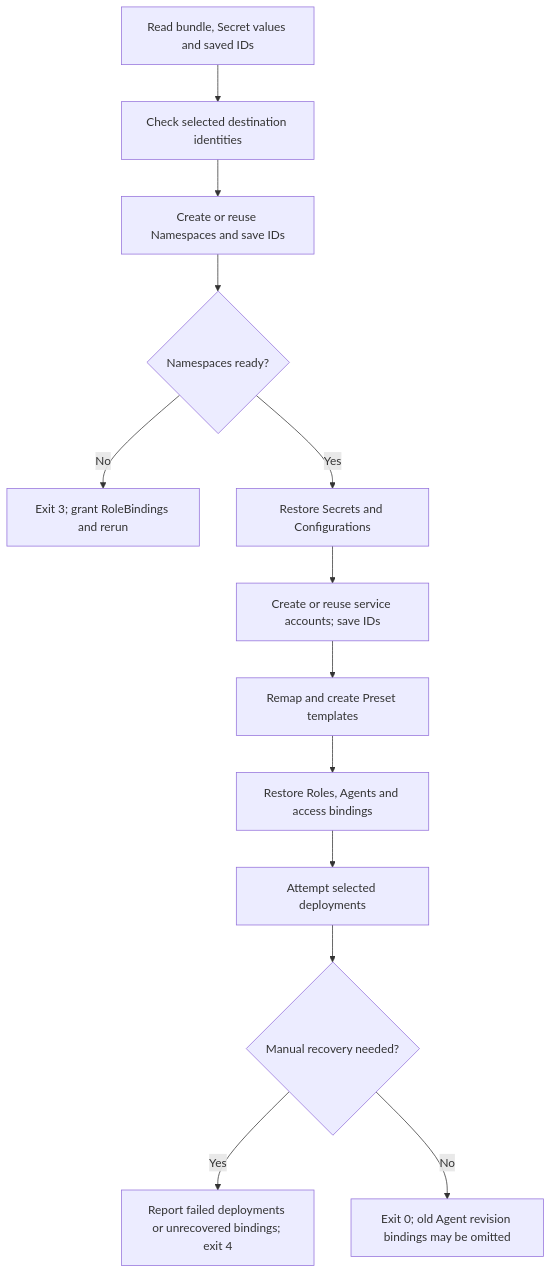
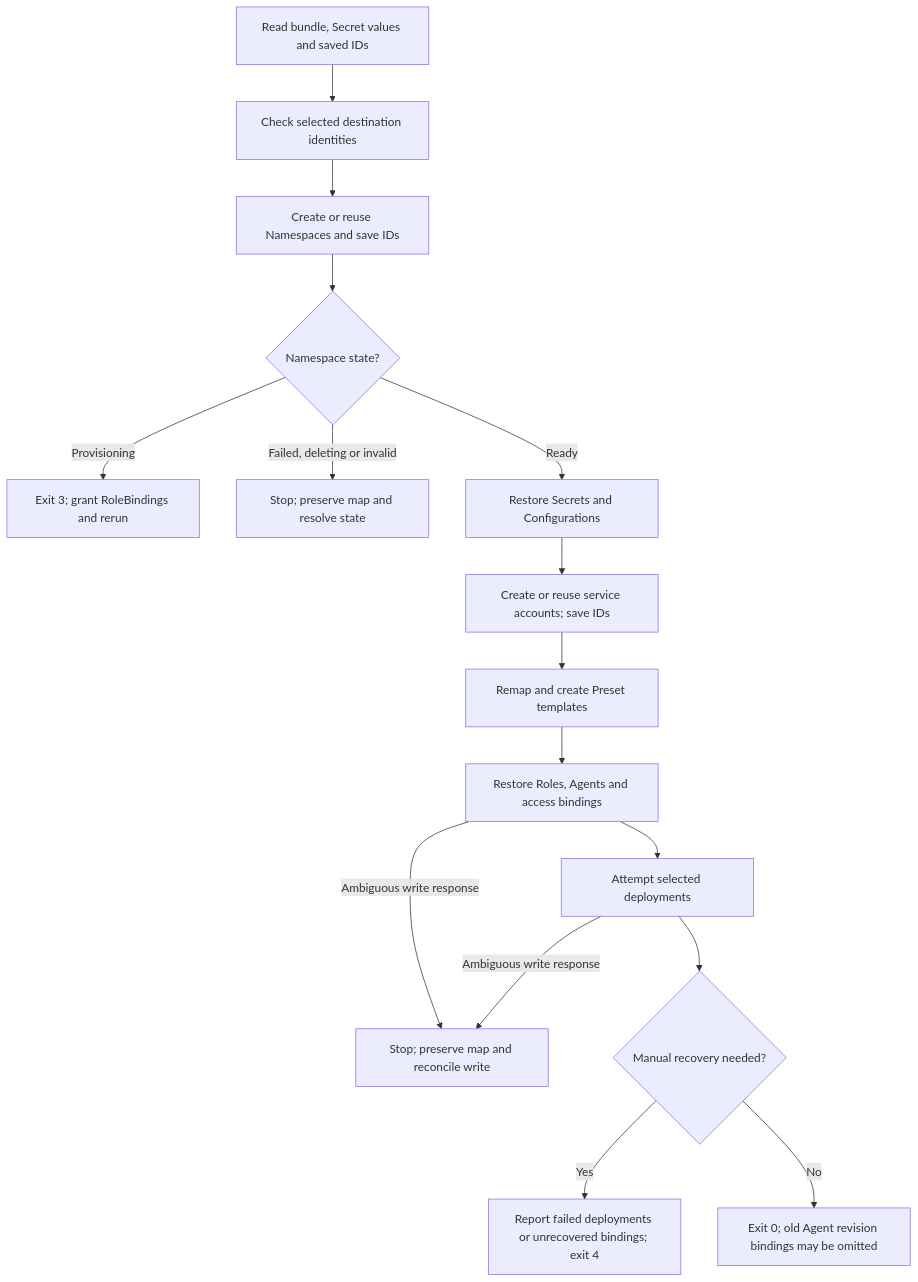
Before and after one commit to openclaw/openclaw-enterprise: the diagram in docs/flows/tenant-restore.md, drawn with Mermaid. The commit also changed other lines of this file and 3 other files, not shown here.

````diff
--- a/docs/flows/tenant-restore.md
+++ b/docs/flows/tenant-restore.md
@@ -27,15 +27,18 @@
 ```mermaid
 graph TD
     A["Read bundle, Secret values and saved IDs"] --> B["Check selected destination identities"]
     B --> C["Create or reuse Namespaces and save IDs"]
-    C --> D{"Namespaces ready?"}
-    D -->|No| E["Exit 3; grant RoleBindings and rerun"]
-    D -->|Yes| F["Restore Secrets and Configurations"]
+    C --> D{"Namespace state?"}
+    D -->|Provisioning| E["Exit 3; grant RoleBindings and rerun"]
+    D -->|Failed, deleting or invalid| N["Stop; preserve map and resolve state"]
+    D -->|Ready| F["Restore Secrets and Configurations"]
     F --> G["Create or reuse service accounts; save IDs"]
     G --> H["Remap and create Preset templates"]
     H --> I["Restore Roles, Agents and access bindings"]
     I --> J["Attempt selected deployments"]
+    I -->|Ambiguous write response| O["Stop; preserve map and reconcile write"]
+    J -->|Ambiguous write response| O
     J --> K{"Manual recovery needed?"}
     K -->|Yes| L["Report failed deployments or unrecovered bindings; exit 4"]
     K -->|No| M["Exit 0; old Agent revision bindings may be omitted"]
 ```
````
